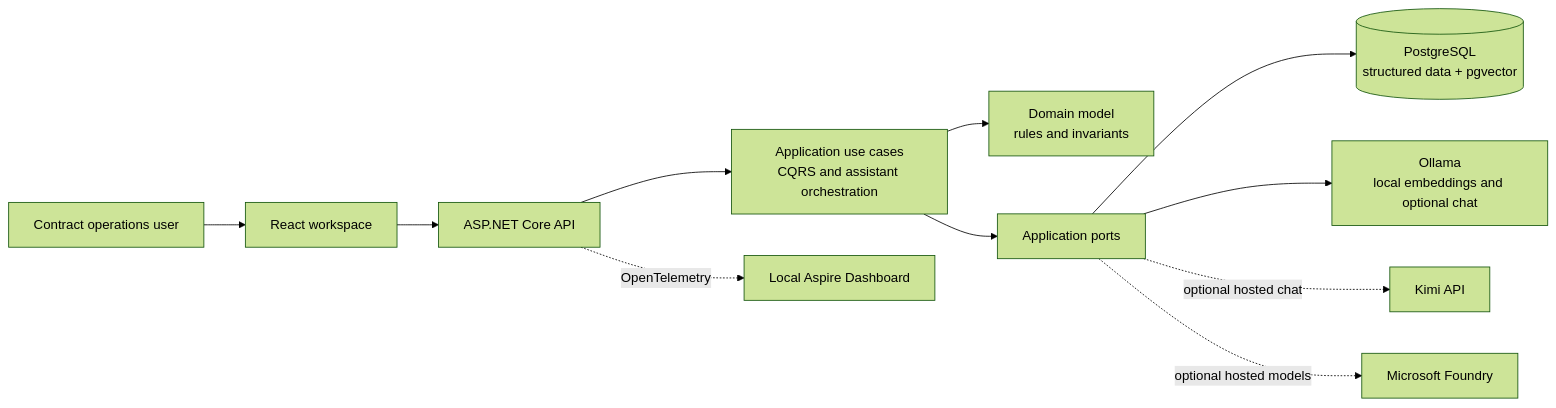
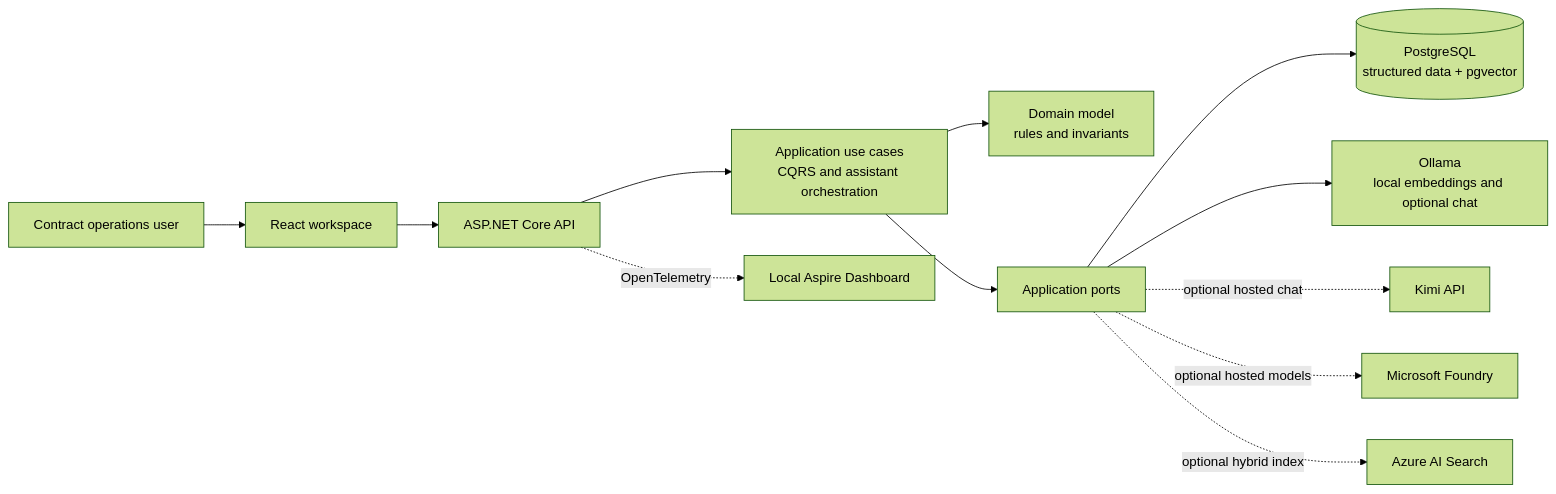
Before and after one commit to andreluizleite/ContractIQ: the diagram in README.md, drawn with Mermaid (forest theme). The commit also changed other lines of this file and 23 other files, not shown here.

Commit message:
feat(rag): add Azure AI Search hybrid adapter (#56)

````diff
--- a/README.md
+++ b/README.md
@@ -38,13 +38,14 @@
 ```mermaid
 flowchart LR
     User[Contract operations user] --> Web[React workspace]
     Web --> Api[ASP.NET Core API]
     Api --> App[Application use cases<br/>CQRS and assistant orchestration]
     App --> Domain[Domain model<br/>rules and invariants]
     App --> Ports[Application ports]
     Ports --> Db[(PostgreSQL<br/>structured data + pgvector)]
     Ports --> Ollama[Ollama<br/>local embeddings and optional chat]
     Ports -. optional hosted chat .-> Kimi[Kimi API]
     Ports -. optional hosted models .-> Foundry[Microsoft Foundry]
+    Ports -. optional hybrid index .-> Search[Azure AI Search]
     Api -. OpenTelemetry .-> Aspire[Local Aspire Dashboard]
 ```
````
